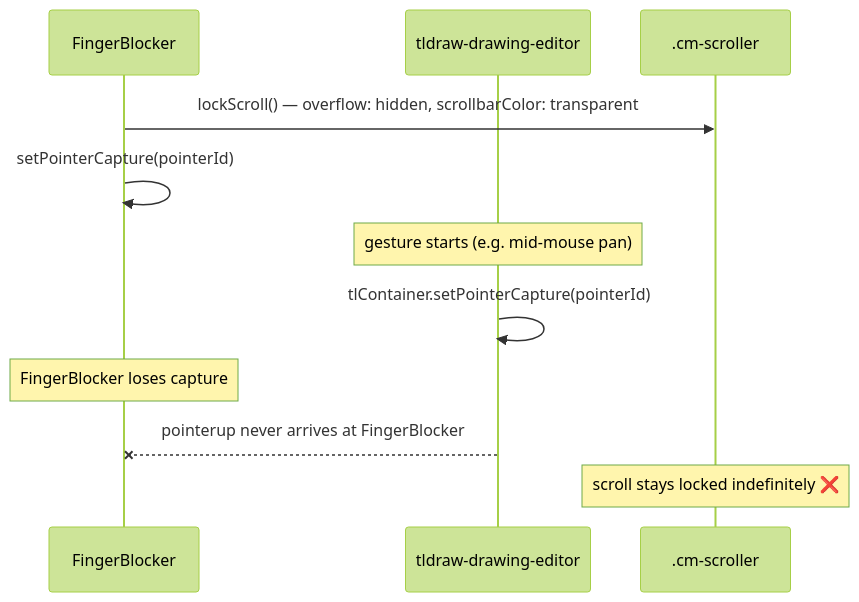
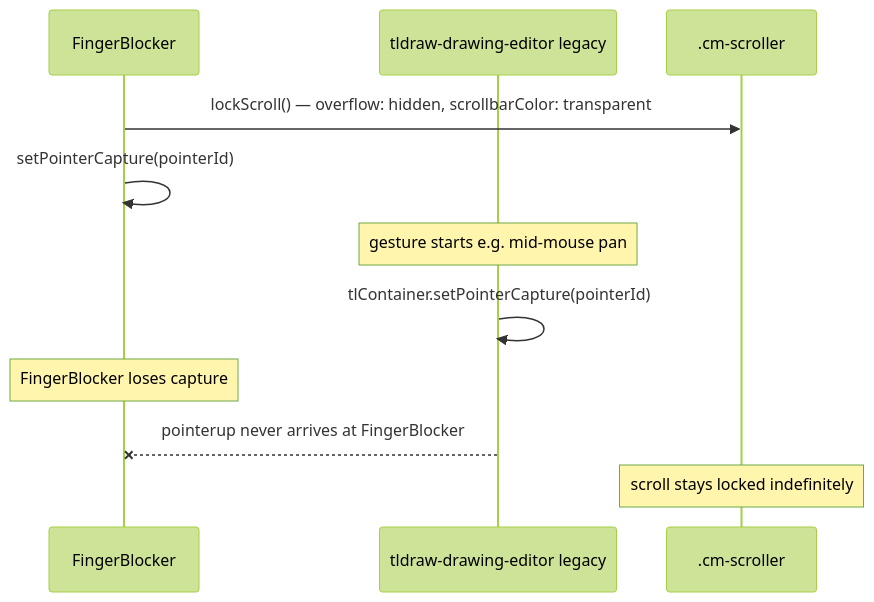
The sixth of 6 diagrams in docs/embed-scrolling.md (daledesilva/obsidian_ink), drawn with Mermaid (forest theme) before and after one commit. The commit also changed other lines of this file and 5 other files, not shown here.

````diff
--- a/docs/embed-scrolling.md
+++ b/docs/embed-scrolling.md
@@ -199,16 +205,16 @@
 ```mermaid
 sequenceDiagram
     participant FB as FingerBlocker
-    participant TDE as tldraw-drawing-editor
+    participant TDE as tldraw-drawing-editor legacy
     participant CMS as .cm-scroller
 
     FB->>CMS: lockScroll() — overflow: hidden, scrollbarColor: transparent
     FB->>FB: setPointerCapture(pointerId)
 
-    Note over TDE: gesture starts (e.g. mid-mouse pan)
+    Note over TDE: gesture starts e.g. mid-mouse pan
     TDE->>TDE: tlContainer.setPointerCapture(pointerId)
     Note over FB: FingerBlocker loses capture
 
     TDE--xFB: pointerup never arrives at FingerBlocker
-    Note over CMS: scroll stays locked indefinitely ❌
+    Note over CMS: scroll stays locked indefinitely
 ```
````
